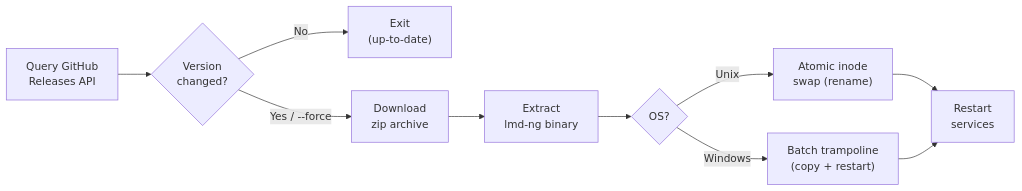
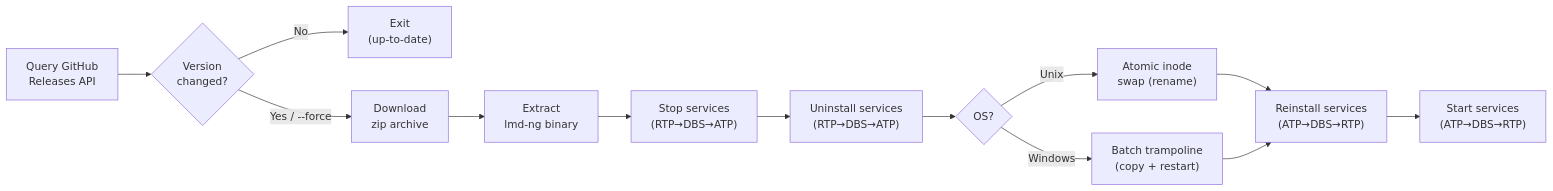
Before and after one commit to dimaskiddo/lmd-ng: the fourth of 4 diagrams in docs/ARCHITECTURE.md, drawn with Mermaid. The commit also changed other lines of this file and 10 other files, not shown here.

````diff
--- a/docs/ARCHITECTURE.md
+++ b/docs/ARCHITECTURE.md
@@ -379,12 +385,15 @@
 ```mermaid
 flowchart LR
     A["Query GitHub<br>Releases API"] --> B{"Version<br>changed?"}
     B -- No --> C["Exit<br>(up-to-date)"]
     B -->|"Yes / --force"| D["Download<br>zip archive"]
     D --> E["Extract<br>lmd-ng binary"]
-    E --> F{"OS?"}
+    E --> F0["Stop services<br>(RTP→DBS→ATP)"]
+    F0 --> F1["Uninstall services<br>(RTP→DBS→ATP)"]
+    F1 --> F{"OS?"}
     F -- Unix --> G["Atomic inode<br>swap (rename)"]
     F -- Windows --> H["Batch trampoline<br>(copy + restart)"]
-    G --> I["Restart<br>services"]
-    H --> I
+    G --> F2["Reinstall services<br>(ATP→DBS→RTP)"]
+    H --> F2["Reinstall services<br>(ATP→DBS→RTP)"]
+    F2 --> I["Start services<br>(ATP→DBS→RTP)"]
 ```
````
